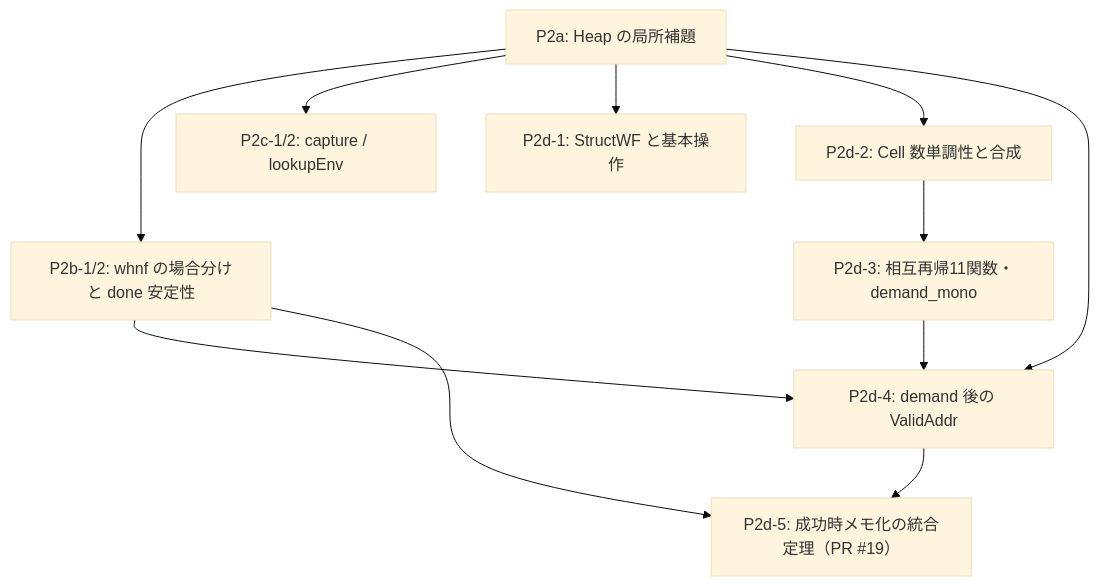
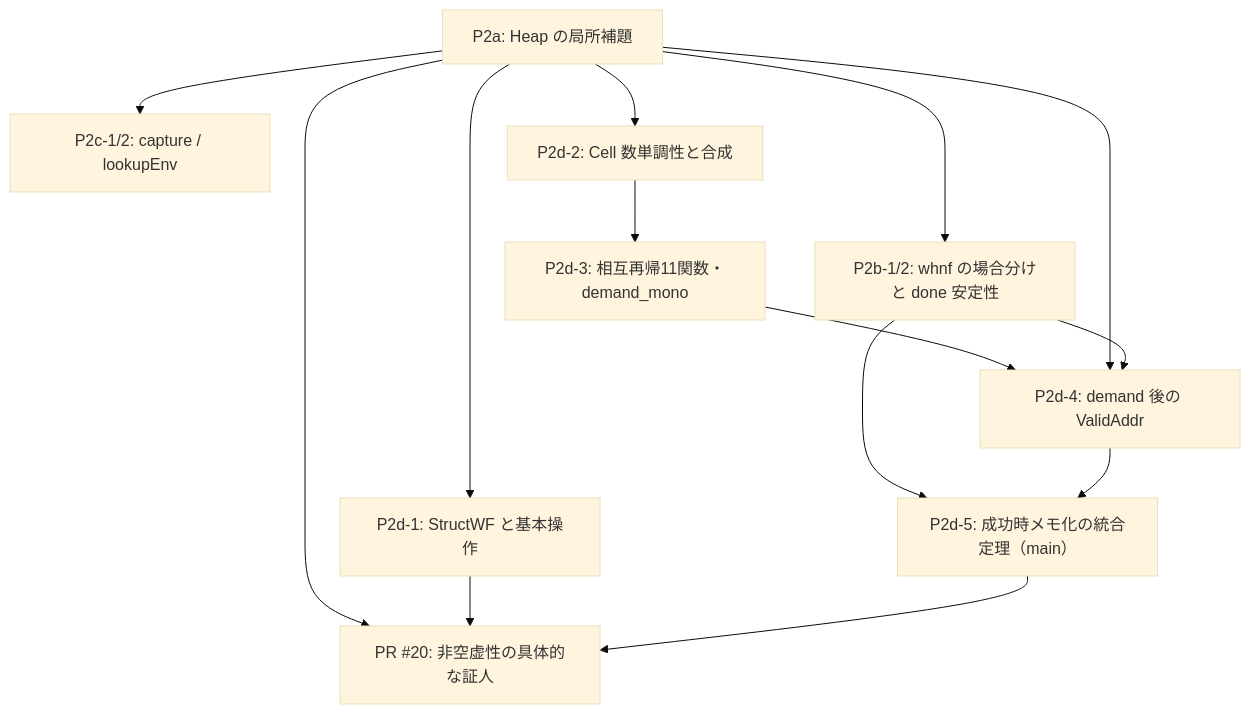
The diagram in docs/proof-coverage.md (gotoken/les-spec), drawn with Mermaid (base theme) before and after one commit. The commit also changed other lines of this file, not shown here.

```diff
--- a/docs/proof-coverage.md
+++ b/docs/proof-coverage.md
@@ -102,21 +116,25 @@
 ~~~mermaid
 flowchart TD
     A["P2a: Heap の局所補題"]
     B["P2b-1/2: whnf の場合分けと done 安定性"]
     C["P2c-1/2: capture / lookupEnv"]
     D["P2d-1: StructWF と基本操作"]
     E["P2d-2: Cell 数単調性と合成"]
     F["P2d-3: 相互再帰11関数・demand_mono"]
     G["P2d-4: demand 後の ValidAddr"]
-    H["P2d-5: 成功時メモ化の統合定理（PR #19）"]
+    H["P2d-5: 成功時メモ化の統合定理（main）"]
+    I["PR #20: 非空虚性の具体的な証人"]
     A --> B
     A --> C
     A --> D
     A --> E
     E --> F
     F --> G
     A --> G
     B --> G
     B --> H
     G --> H
+    A --> I
+    D --> I
+    H --> I
 ~~~
```
